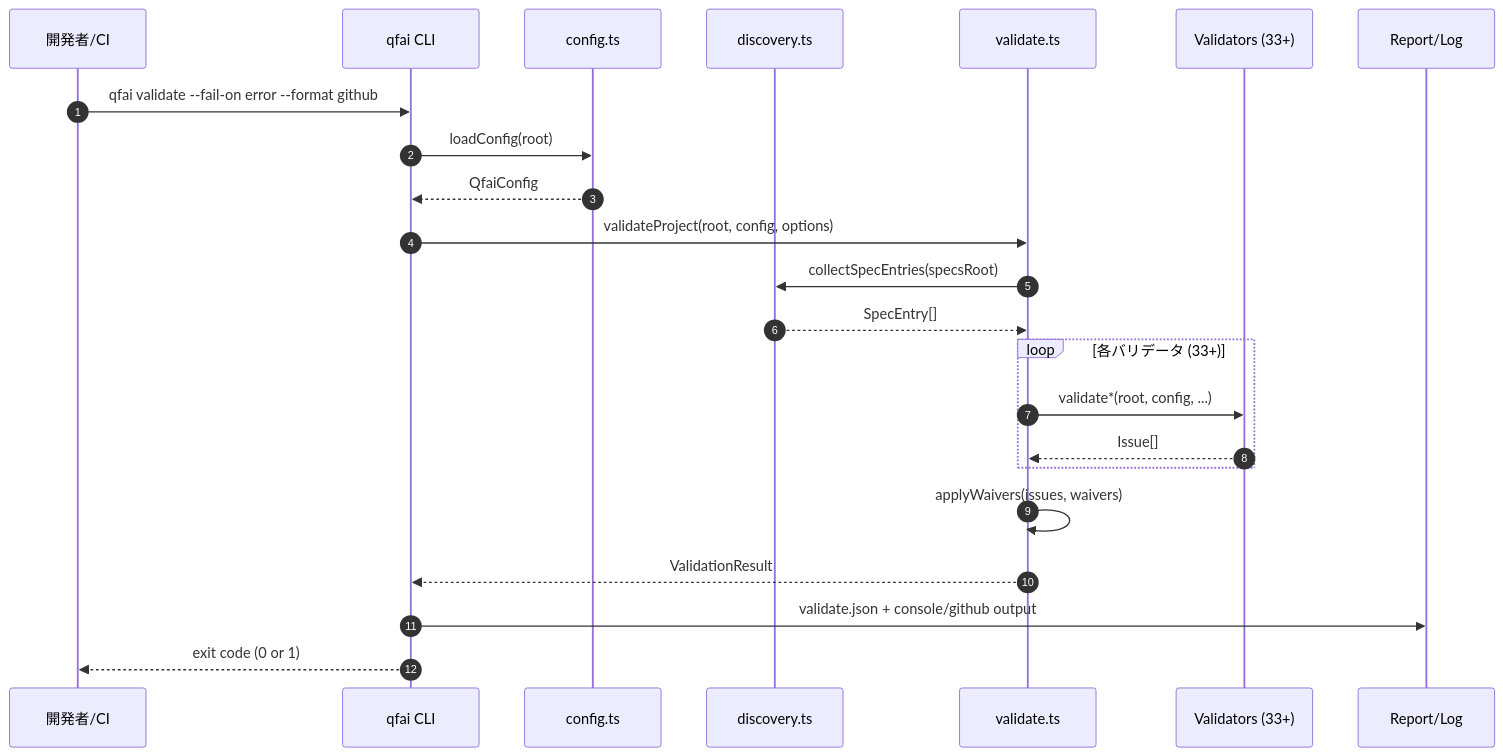
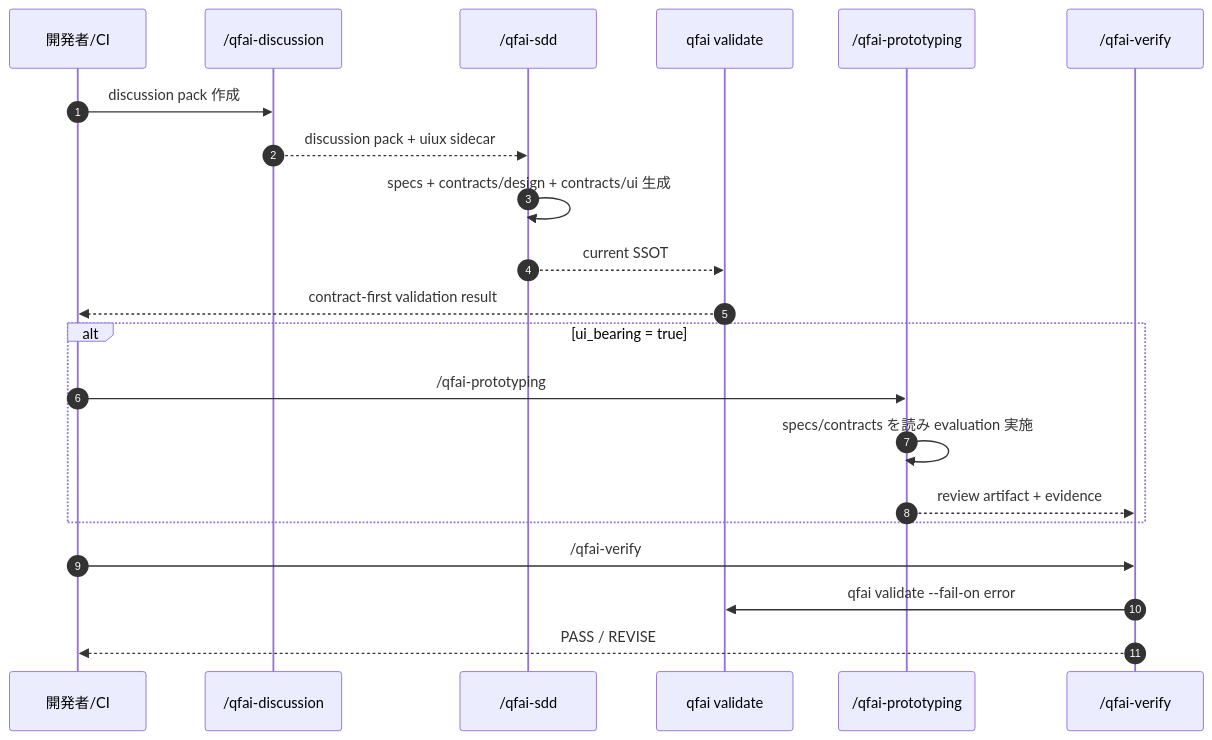
One commit to aganesy/QFAI changed the second of 2 diagrams in .qfai/specs/_policies/04_Business-Flow.md. Above: the diagram before and after it, drawn with Mermaid. The commit also changed other lines of this file and 37 other files, not shown here.

Commit message:
Align specs with contract-first downstream model

````diff
--- a/.qfai/specs/_policies/04_Business-Flow.md
+++ b/.qfai/specs/_policies/04_Business-Flow.md
@@ -53,26 +47,24 @@
 ```mermaid
 sequenceDiagram
     autonumber
     participant User as 開発者/CI
-    participant CLI as qfai CLI
-    participant Config as config.ts
-    participant Discovery as discovery.ts
-    participant Validate as validate.ts
-    participant Validators as Validators (33+)
-    participant Output as Report/Log
+    participant Discussion as /qfai-discussion
+    participant Sdd as /qfai-sdd
+    participant Validate as qfai validate
+    participant Proto as /qfai-prototyping
+    participant Verify as /qfai-verify
 
-    User->>CLI: qfai validate --fail-on error --format github
-    CLI->>Config: loadConfig(root)
-    Config-->>CLI: QfaiConfig
-    CLI->>Validate: validateProject(root, config, options)
-    Validate->>Discovery: collectSpecEntries(specsRoot)
-    Discovery-->>Validate: SpecEntry[]
-    loop 各バリデータ (33+)
-        Validate->>Validators: validate*(root, config, ...)
-        Validators-->>Validate: Issue[]
+    User->>Discussion: discussion pack 作成
+    Discussion-->>Sdd: discussion pack + uiux sidecar
+    Sdd->>Sdd: specs + contracts/design + contracts/ui 生成
+    Sdd-->>Validate: current SSOT
+    Validate-->>User: contract-first validation result
+    alt ui_bearing = true
+        User->>Proto: /qfai-prototyping
+        Proto->>Proto: specs/contracts を読み evaluation 実施
+        Proto-->>Verify: review artifact + evidence
     end
-    Validate->>Validate: applyWaivers(issues, waivers)
-    Validate-->>CLI: ValidationResult
-    CLI->>Output: validate.json + console/github output
-    CLI-->>User: exit code (0 or 1)
+    User->>Verify: /qfai-verify
+    Verify->>Validate: qfai validate --fail-on error
+    Verify-->>User: PASS / REVISE
 ```
````
